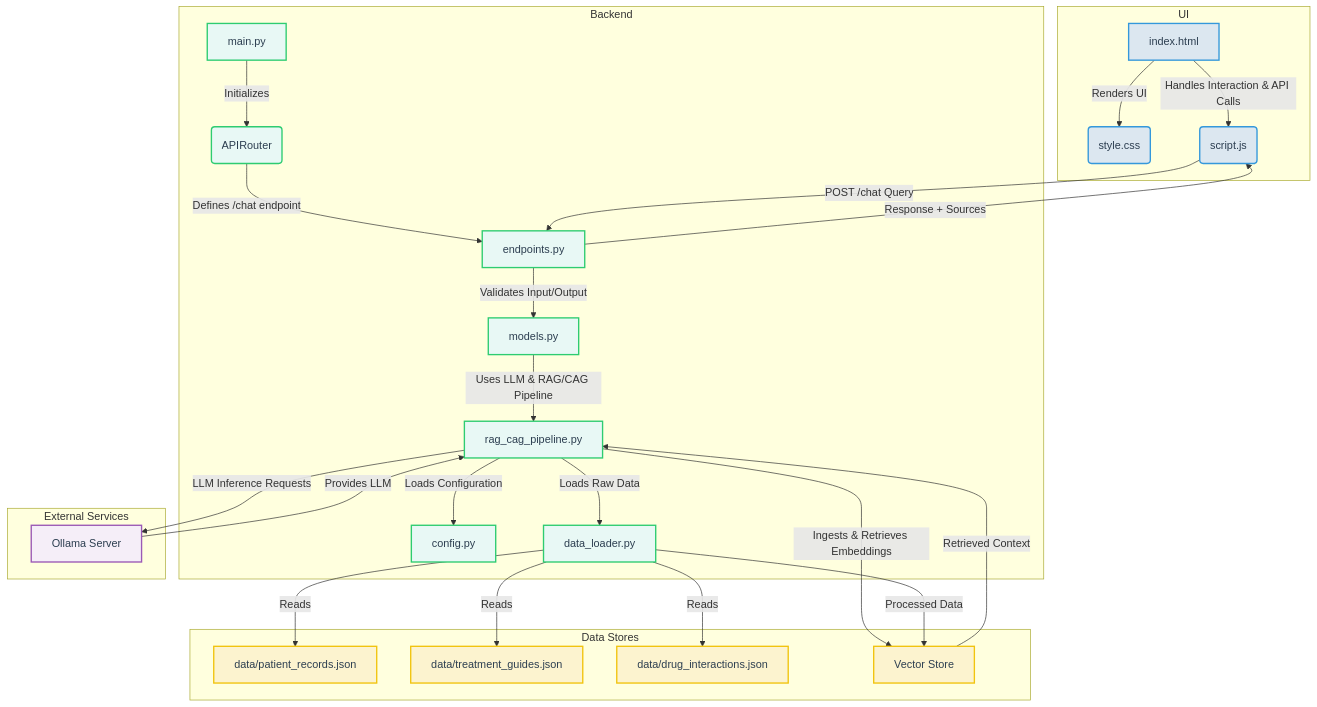
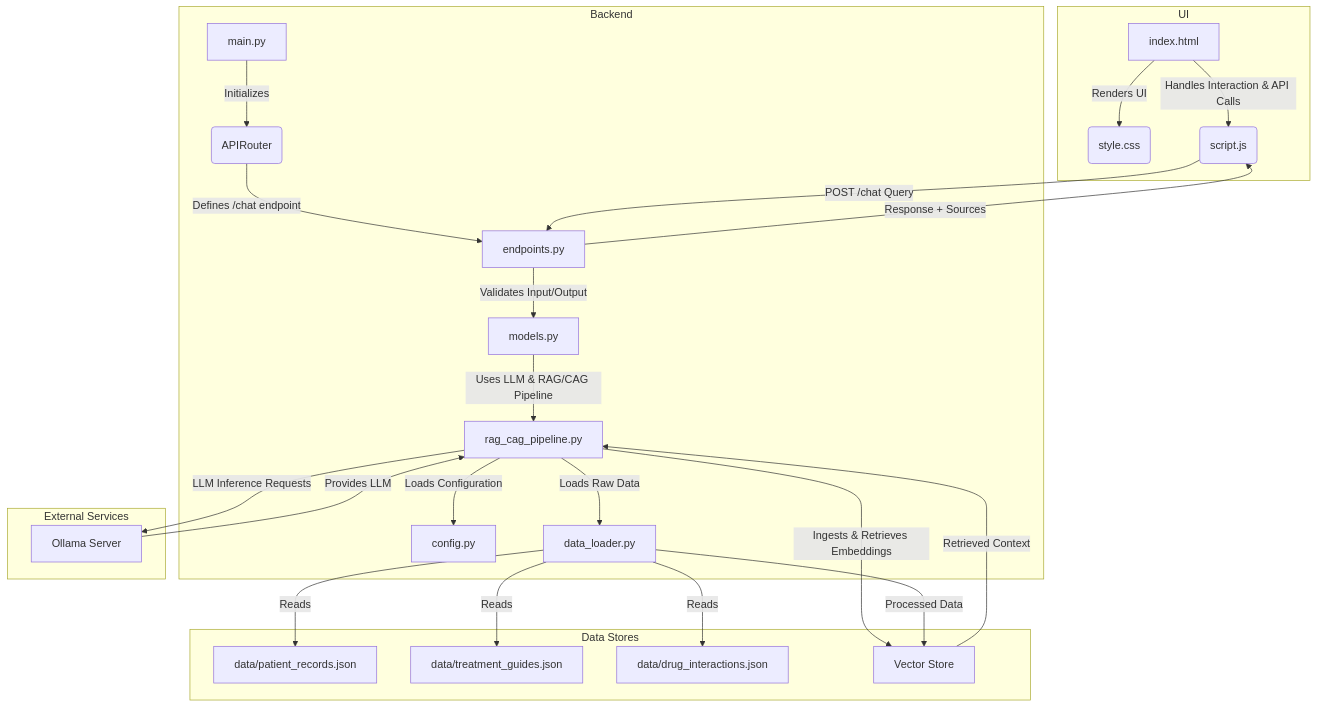
Before and after one commit to vidishsirdesai/ai_augmented_healthcare_assistant: the diagram in README.md, drawn with Mermaid.

````diff
--- a/README.md
+++ b/README.md
@@ -3,71 +3,52 @@
 ```mermaid
 graph TD
     subgraph UI
         A[index.html]
         B(style.css)
         C(script.js)
         A -- Renders UI --> B
         A -- Handles Interaction & API Calls --> C
     end
 
     subgraph Backend
         D[main.py]
         E(APIRouter)
         F[endpoints.py]
         G[models.py]
         H[rag_cag_pipeline.py]
         I[config.py]
         J[data_loader.py]
 
         D -- Initializes --> E
         E -- Defines /chat endpoint --> F
         F -- Validates Input/Output --> G
         G -- Uses LLM & RAG/CAG Pipeline --> H
         H -- Loads Configuration --> I
         H -- Loads Raw Data --> J
     end
 
     subgraph External Services
         K[Ollama Server]
         K -- Provides LLM --> H
     end
 
     subgraph Data Stores
         L[data/patient_records.json]
         M[data/treatment_guides.json]
         N[data/drug_interactions.json]
         O[Vector Store]
 
         J -- Reads --> L
         J -- Reads --> M
         J -- Reads --> N
         H -- Ingests & Retrieves Embeddings --> O
     end
 
     C -- "POST /chat Query" --> F
     F -- "Response + Sources" --> C
 
     H -- "LLM Inference Requests" --> K
     O -- "Retrieved Context" --> H
 
     J -- "Processed Data" --> O
-
-    style A fill:#DCE7F0,stroke:#3498db,stroke-width:2px,color:#2c3e50
-    style B fill:#DCE7F0,stroke:#3498db,stroke-width:2px,color:#2c3e50
-    style C fill:#DCE7F0,stroke:#3498db,stroke-width:2px,color:#2c3e50
-
-    style D fill:#E8F8F5,stroke:#2ECC71,stroke-width:2px,color:#2c3e50
-    style E fill:#E8F8F5,stroke:#2ECC71,stroke-width:2px,color:#2c3e50
-    style F fill:#E8F8F5,stroke:#2ECC71,stroke-width:2px,color:#2c3e50
-    style G fill:#E8F8F5,stroke:#2ECC71,stroke-width:2px,color:#2c3e50
-    style H fill:#E8F8F5,stroke:#2ECC71,stroke-width:2px,color:#2c3e50
-    style I fill:#E8F8F5,stroke:#2ECC71,stroke-width:2px,color:#2c3e50
-    style J fill:#E8F8F5,stroke:#2ECC71,stroke-width:2px,color:#2c3e50
-
-    style K fill:#F5EEF8,stroke:#9B59B6,stroke-width:2px,color:#2c3e50
-
-    style L fill:#FCF3CF,stroke:#F1C40F,stroke-width:2px,color:#2c3e50
-    style M fill:#FCF3CF,stroke:#F1C40F,stroke-width:2px,color:#2c3e50
-    style N fill:#FCF3CF,stroke:#F1C40F,stroke-width:2px,color:#2c3e50
-    style O fill:#FCF3CF,stroke:#F1C40F,stroke-width:2px,color:#2c3e50
 ```
````
